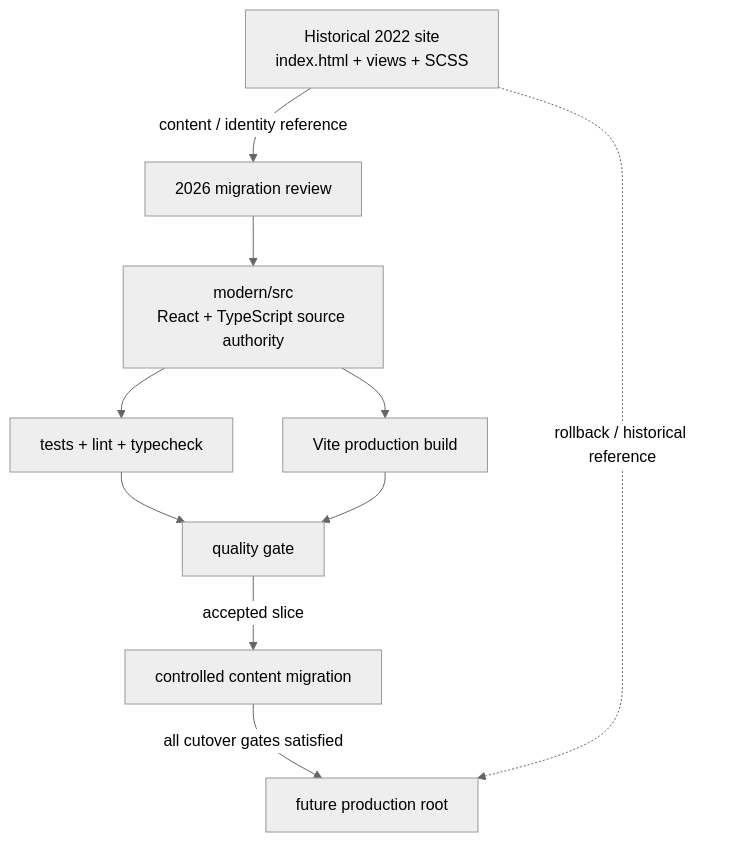
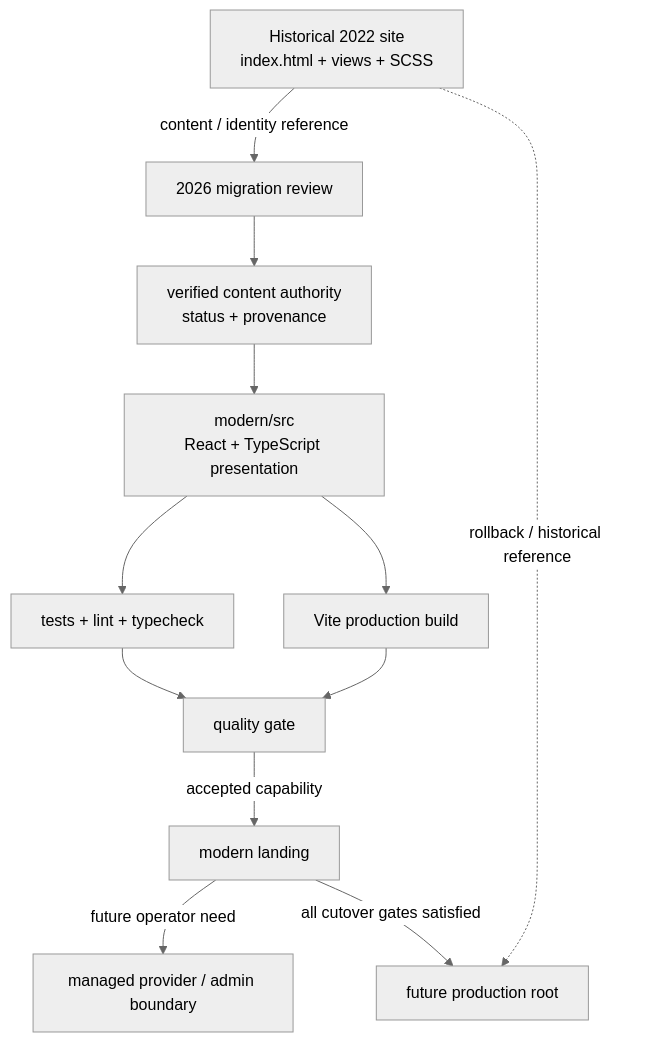
The diagram in docs/modern-app-architecture.md (Enzopinotti/El_Nucleo_Web), drawn with Mermaid (neutral theme) before and after one commit. The commit also changed other lines of this file and 2 other files, not shown here.

Commit message:
docs: finalize 2026 quality and architecture contracts

````diff
--- a/docs/modern-app-architecture.md
+++ b/docs/modern-app-architecture.md
@@ -15,12 +16,14 @@
 ```mermaid
 flowchart TD
     H[Historical 2022 site\nindex.html + views + SCSS] -->|content / identity reference| R[2026 migration review]
-    R --> M[modern/src\nReact + TypeScript source authority]
+    R --> C[verified content authority\nstatus + provenance]
+    C --> M[modern/src\nReact + TypeScript presentation]
     M --> T[tests + lint + typecheck]
     M --> B[Vite production build]
     T --> Q[quality gate]
     B --> Q
-    Q -->|accepted slice| C[controlled content migration]
-    C -->|all cutover gates satisfied| P[future production root]
-    H -. rollback / historical reference .-> P
+    Q -->|accepted capability| P[modern landing]
+    P -->|future operator need| A[managed provider / admin boundary]
+    P -->|all cutover gates satisfied| D[future production root]
+    H -. rollback / historical reference .-> D
 ```
````
